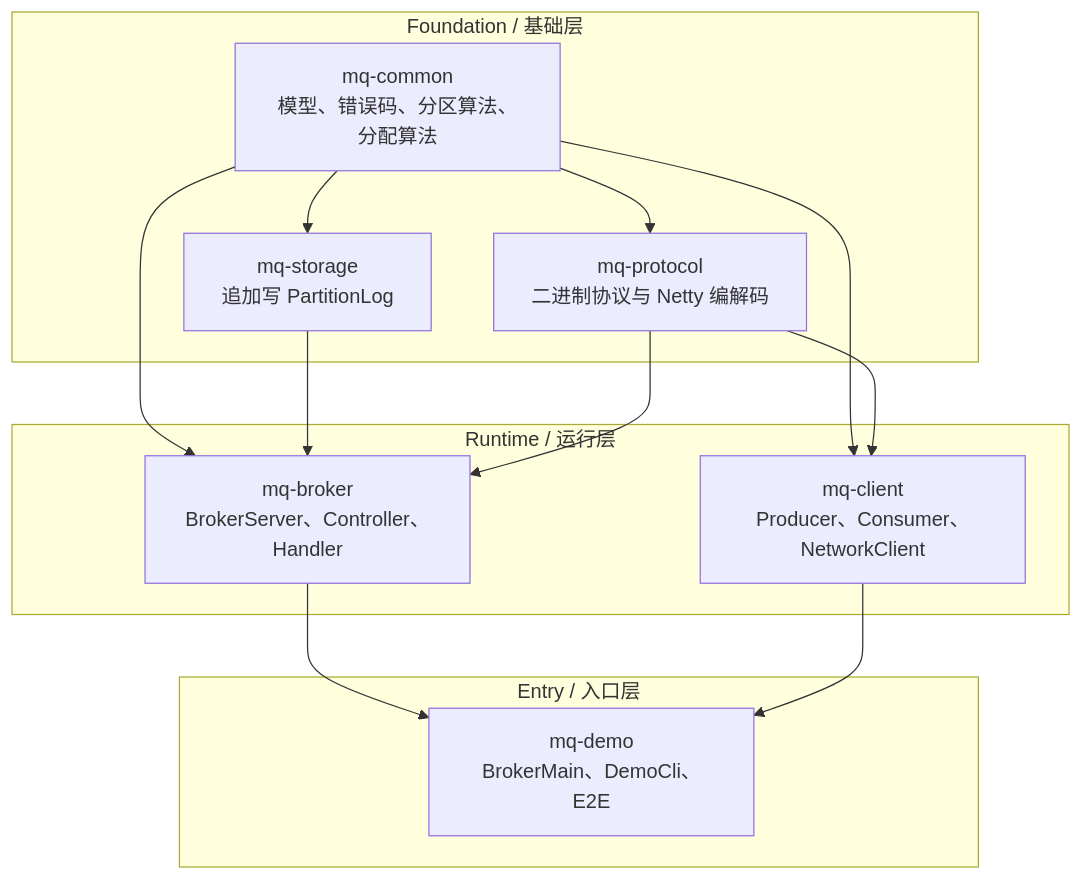
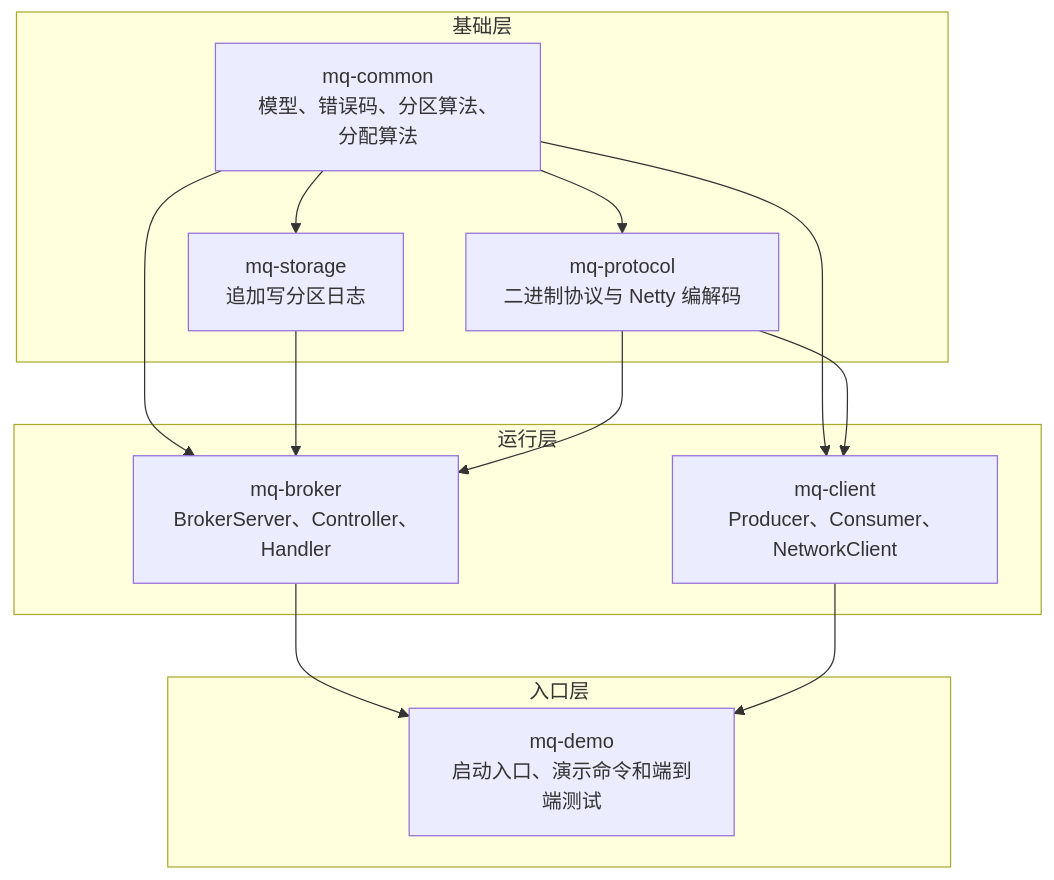
One commit to wxw121/miniMQ changed the first of 5 diagrams in docs/architecture.md. Above: the diagram before and after it, drawn with Mermaid. The commit also changed other lines of this file and 10 other files, not shown here.

First line of the commit message:
docs: add architecture diagram and clarify code comments

````diff
--- a/docs/architecture.md
+++ b/docs/architecture.md
@@ -18,27 +33,27 @@
 ```mermaid
 flowchart TB
-    subgraph Foundation[Foundation / 基础层]
+    subgraph Foundation[基础层]
         common[mq-common<br/>模型、错误码、分区算法、分配算法]
-        storage[mq-storage<br/>追加写 PartitionLog]
+        storage[mq-storage<br/>追加写分区日志]
         protocol[mq-protocol<br/>二进制协议与 Netty 编解码]
     end
 
-    subgraph Runtime[Runtime / 运行层]
+    subgraph Runtime[运行层]
         broker[mq-broker<br/>BrokerServer、Controller、Handler]
         client[mq-client<br/>Producer、Consumer、NetworkClient]
     end
 
-    subgraph Entry[Entry / 入口层]
-        demo[mq-demo<br/>BrokerMain、DemoCli、E2E]
+    subgraph Entry[入口层]
+        demo[mq-demo<br/>启动入口、演示命令和端到端测试]
     end
 
     common --> storage
     common --> protocol
     common --> broker
     common --> client
     storage --> broker
     protocol --> broker
     protocol --> client
     broker --> demo
     client --> demo
 ```
````
